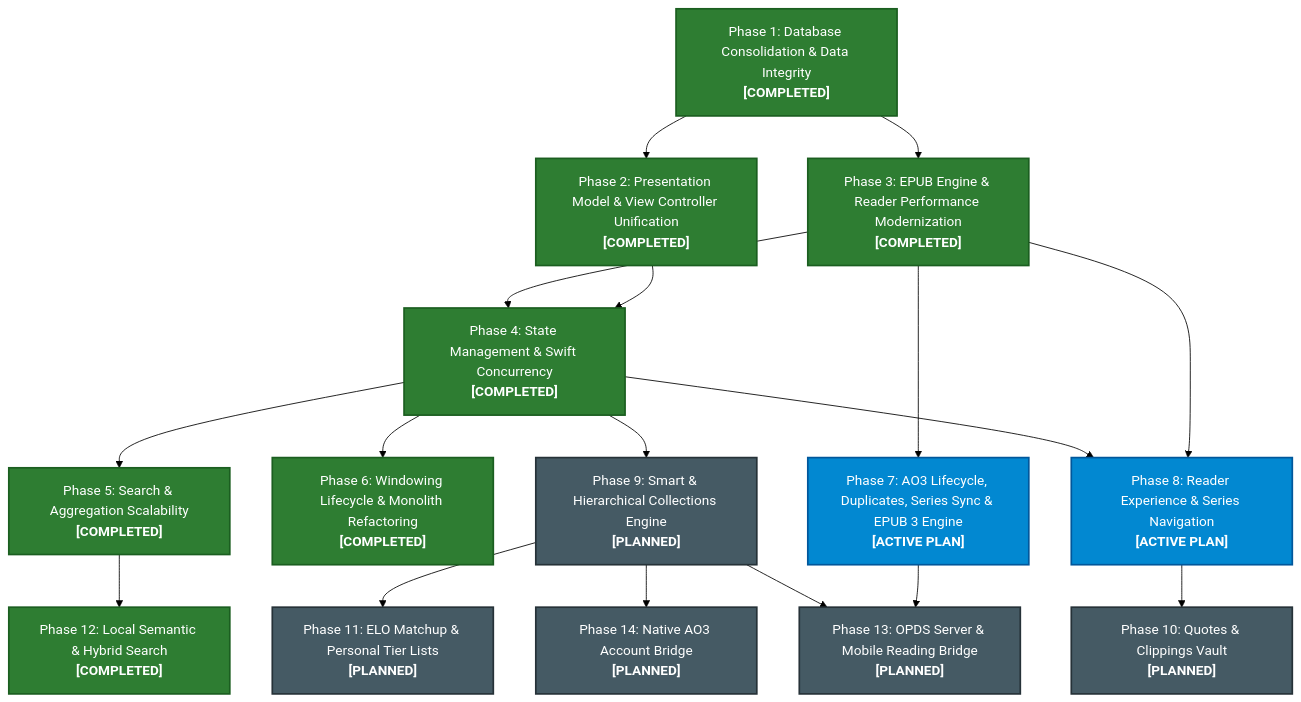
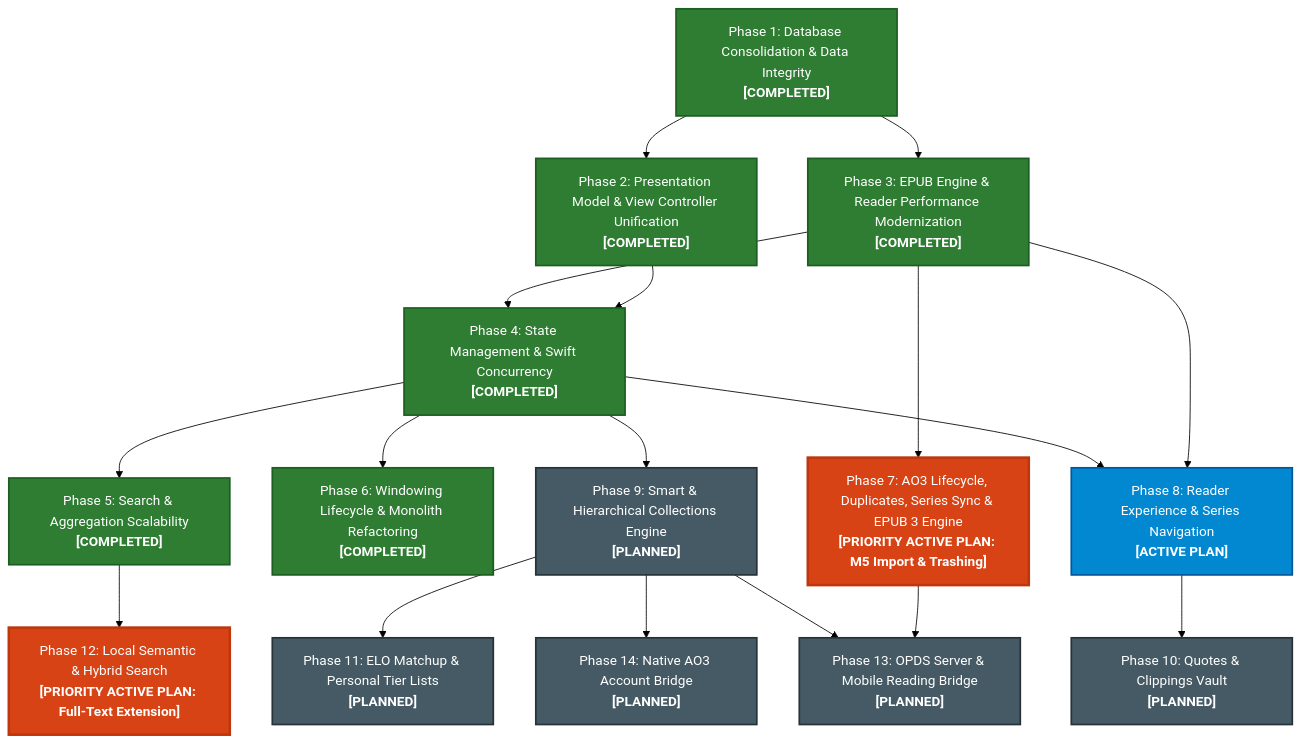
One commit to kyrielie/ambrosia changed the diagram in docs/roadmap.md. Above: the diagram before and after it, drawn with Mermaid (forest theme). The commit also changed other lines of this file and 16 other files, not shown here.

````diff
--- a/docs/roadmap.md
+++ b/docs/roadmap.md
@@ -9,34 +9,34 @@
 ```mermaid
 flowchart TD
     P1["Phase 1: Database Consolidation & Data Integrity<br/><b>[COMPLETED]</b>"] --> P2["Phase 2: Presentation Model & View Controller Unification<br/><b>[COMPLETED]</b>"]
     P1 --> P3["Phase 3: EPUB Engine & Reader Performance Modernization<br/><b>[COMPLETED]</b>"]
     P2 --> P4["Phase 4: State Management & Swift Concurrency<br/><b>[COMPLETED]</b>"]
     P3 --> P4
     P4 --> P5["Phase 5: Search & Aggregation Scalability<br/><b>[COMPLETED]</b>"]
     P4 --> P6["Phase 6: Windowing Lifecycle & Monolith Refactoring<br/><b>[COMPLETED]</b>"]
-    P3 --> P7["Phase 7: AO3 Lifecycle, Duplicates, Series Sync & EPUB 3 Engine<br/><b>[ACTIVE PLAN]</b>"]
+    P3 --> P7["Phase 7: AO3 Lifecycle, Duplicates, Series Sync & EPUB 3 Engine<br/><b>[PRIORITY ACTIVE PLAN: M5 Import & Trashing]</b>"]
     P3 --> P8["Phase 8: Reader Experience & Series Navigation<br/><b>[ACTIVE PLAN]</b>"]
     P4 --> P8
     P4 --> P9["Phase 9: Smart & Hierarchical Collections Engine<br/><b>[PLANNED]</b>"]
     P8 --> P10["Phase 10: Quotes & Clippings Vault<br/><b>[PLANNED]</b>"]
     P9 --> P11["Phase 11: ELO Matchup & Personal Tier Lists<br/><b>[PLANNED]</b>"]
-    P5 --> P12["Phase 12: Local Semantic & Hybrid Search<br/><b>[COMPLETED]</b>"]
+    P5 --> P12["Phase 12: Local Semantic & Hybrid Search<br/><b>[PRIORITY ACTIVE PLAN: Full-Text Extension]</b>"]
     P7 --> P13["Phase 13: OPDS Server & Mobile Reading Bridge<br/><b>[PLANNED]</b>"]
     P9 --> P13
     P9 --> P14["Phase 14: Native AO3 Account Bridge<br/><b>[PLANNED]</b>"]
 
     style P1 fill:#2e7d32,stroke:#1b5e20,stroke-width:2px,color:#ffffff
     style P2 fill:#2e7d32,stroke:#1b5e20,stroke-width:2px,color:#ffffff
     style P3 fill:#2e7d32,stroke:#1b5e20,stroke-width:2px,color:#ffffff
     style P4 fill:#2e7d32,stroke:#1b5e20,stroke-width:2px,color:#ffffff
     style P5 fill:#2e7d32,stroke:#1b5e20,stroke-width:2px,color:#ffffff
     style P6 fill:#2e7d32,stroke:#1b5e20,stroke-width:2px,color:#ffffff
-    style P7 fill:#0288d1,stroke:#01579b,stroke-width:2px,color:#ffffff
+    style P7 fill:#d84315,stroke:#bf360c,stroke-width:3px,color:#ffffff
     style P8 fill:#0288d1,stroke:#01579b,stroke-width:2px,color:#ffffff
     style P9 fill:#455a64,stroke:#263238,stroke-width:2px,color:#ffffff
     style P10 fill:#455a64,stroke:#263238,stroke-width:2px,color:#ffffff
     style P11 fill:#455a64,stroke:#263238,stroke-width:2px,color:#ffffff
-    style P12 fill:#2e7d32,stroke:#1b5e20,stroke-width:2px,color:#ffffff
+    style P12 fill:#d84315,stroke:#bf360c,stroke-width:3px,color:#ffffff
     style P13 fill:#455a64,stroke:#263238,stroke-width:2px,color:#ffffff
     style P14 fill:#455a64,stroke:#263238,stroke-width:2px,color:#ffffff
 ```
````
